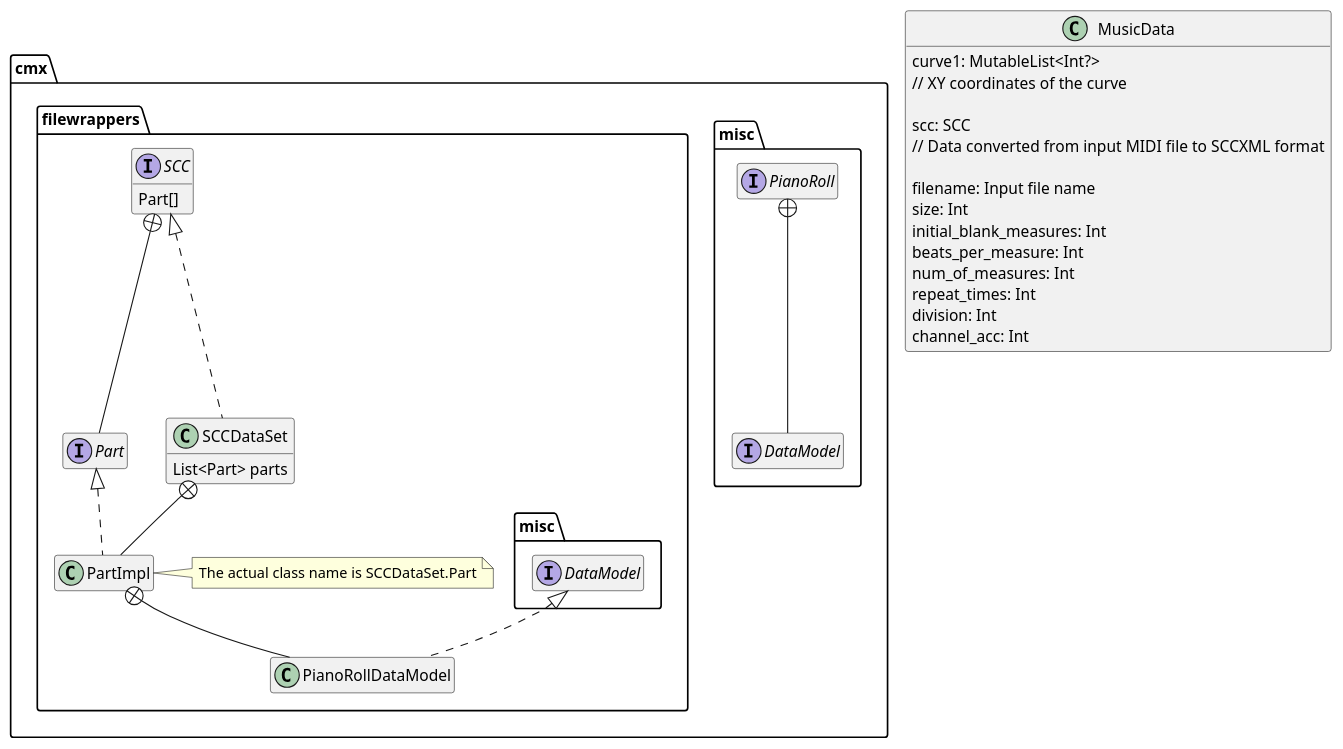
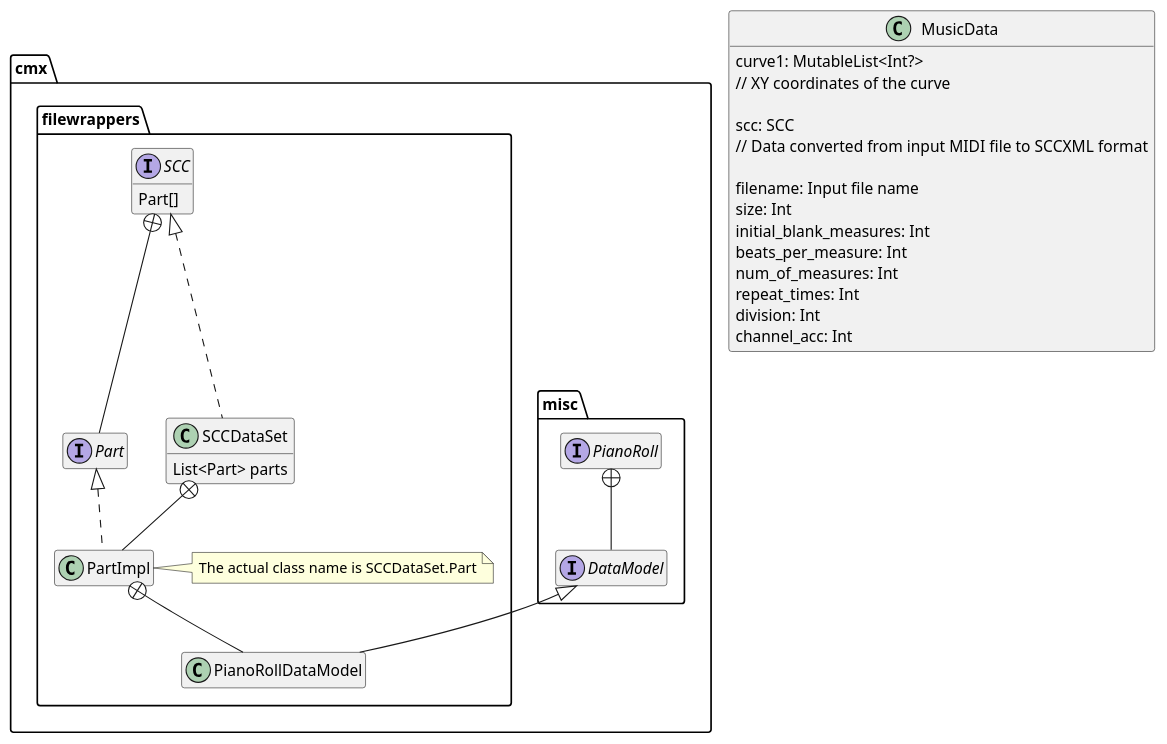
One commit to fujiij/plantuml changed the diagram in diagrams/test3.puml. Above: the diagram before and after it, drawn with PlantUML.

```diff
--- a/diagrams/test3.puml
+++ b/diagrams/test3.puml
@@ -1,49 +1,49 @@
 @startuml
 'https://plantuml.com/class-diagram
 hide empty members
 
 class MusicData {
     curve1: MutableList<Int?>
     // XY coordinates of the curve
 
     scc: SCC
     // Data converted from input MIDI file to SCCXML format
 
     filename: Input file name
     size: Int
     initial_blank_measures: Int
     beats_per_measure: Int
     num_of_measures: Int
     repeat_times: Int
     division: Int
     channel_acc: Int
 }
 
 package "cmx" {
     package "misc" {
         interface PianoRoll {
         }
         interface DataModel
         PianoRoll +-- DataModel
     }
     package "filewrappers" {
         interface SCC {
             Part[]
         }
         interface Part
         SCC +-- Part
         class SCCDataSet implements SCC {
             List<Part> parts
         }
         class PartImpl implements Part
         SCCDataSet +-- PartImpl
         note right of PartImpl
             The actual class name is SCCDataSet.Part
         end note
 
-        class PianoRollDataModel implements misc.DataModel
+        DataModel <|-- PianoRollDataModel
         PartImpl +-- PianoRollDataModel
     }
 }
 
 @enduml
```
